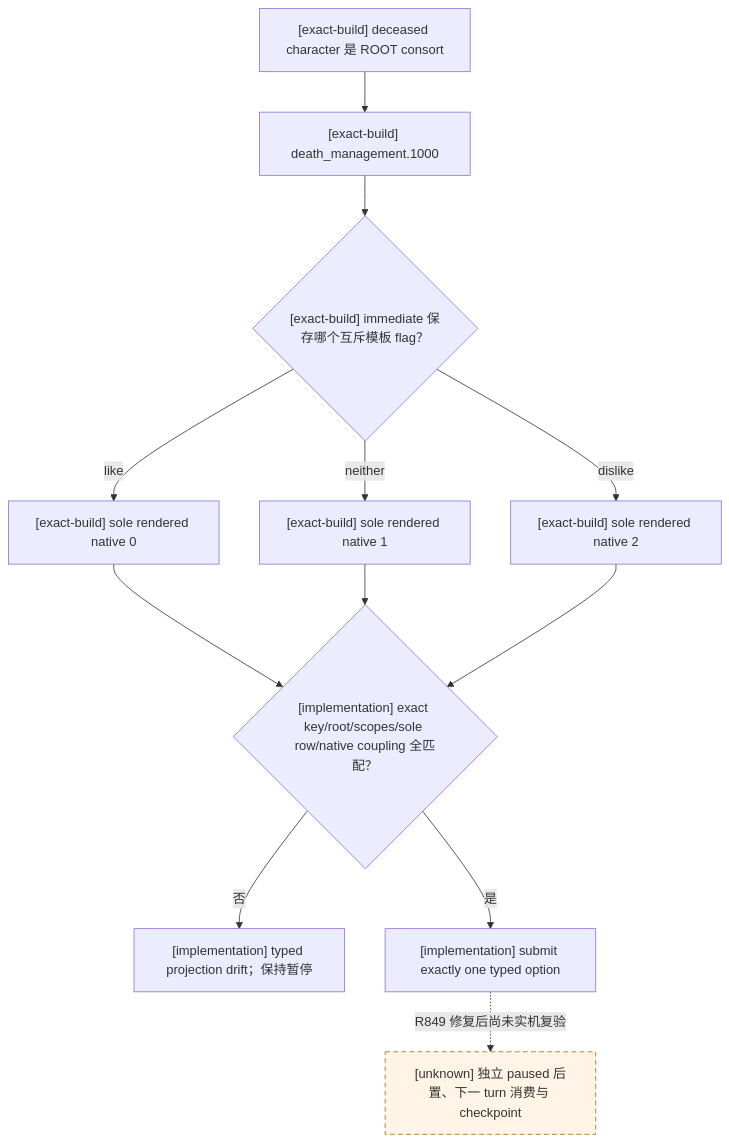
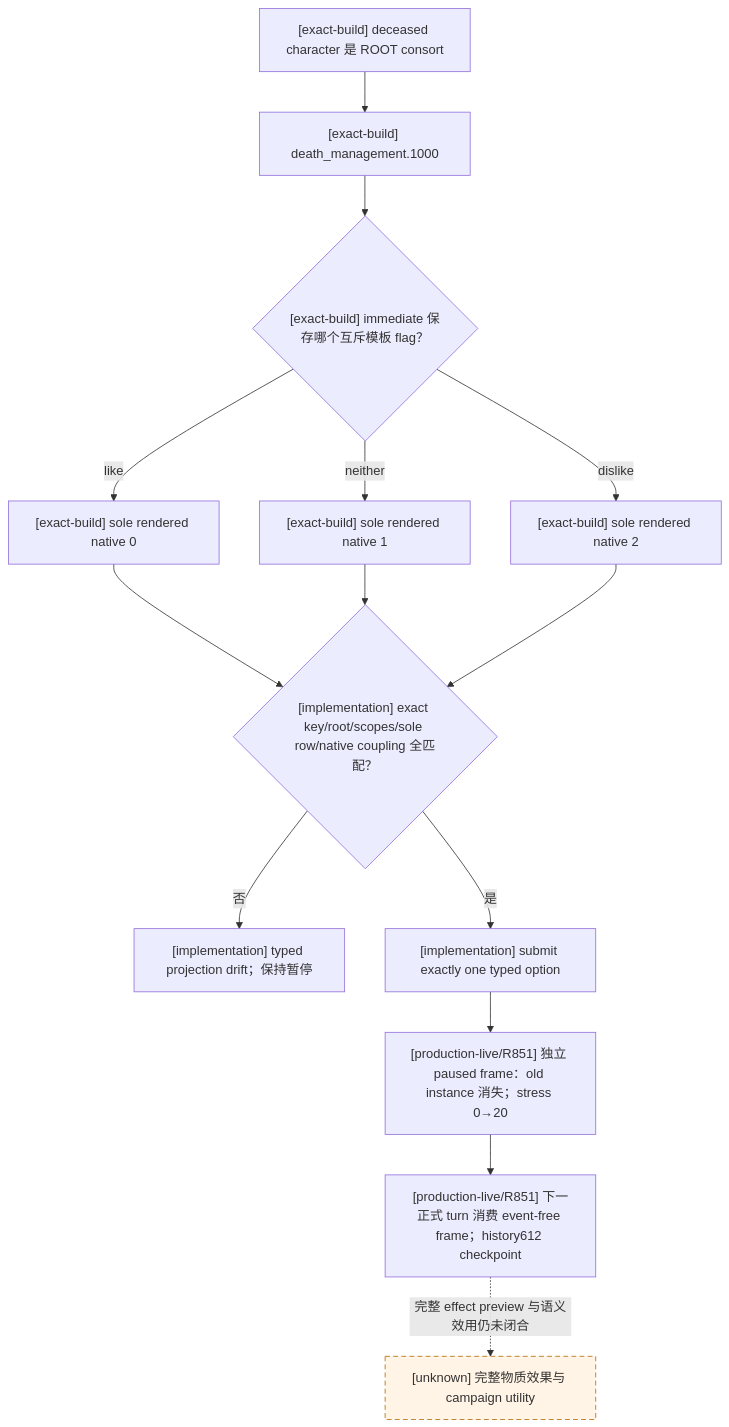
Diagram 11 of 11 in docs/ck3-native-ai/events-and-interactions.md (XenoAmess/ck3_eternal_recurrence), drawn with Mermaid before and after one commit. The commit also changed other lines of this file and 1 other file, not shown here.

Commit message:
Document R851 event and rollback evidence [EVENT-R851-DOCS]

````diff
--- a/docs/ck3-native-ai/events-and-interactions.md
+++ b/docs/ck3-native-ai/events-and-interactions.md
@@ -1116,16 +1138,18 @@
 ```mermaid
 flowchart TD
     A["[exact-build] deceased character 是 ROOT consort"] --> B["[exact-build] death_management.1000"]
     B --> C{"[exact-build] immediate 保存哪个互斥模板 flag？"}
     C -->|like| L["[exact-build] sole rendered native 0"]
     C -->|neither| N["[exact-build] sole rendered native 1"]
     C -->|dislike| D["[exact-build] sole rendered native 2"]
     L --> G{"[implementation] exact key/root/scopes/sole row/native coupling 全匹配？"}
     N --> G
     D --> G
     G -->|否| X["[implementation] typed projection drift；保持暂停"]
     G -->|是| S["[implementation] submit exactly one typed option"]
-    S -. "R849 修复后尚未实机复验" .-> U["[unknown] 独立 paused 后置、下一 turn 消费与 checkpoint"]
+    S --> P["[production-live/R851] 独立 paused frame：old instance 消失；stress 0→20"]
+    P --> T["[production-live/R851] 下一正式 turn 消费 event-free frame；history612 checkpoint"]
+    T -. "完整 effect preview 与语义效用仍未闭合" .-> U["[unknown] 完整物质效果与 campaign utility"]
     classDef unknown stroke-dasharray: 6 4,fill:#fff4e5,stroke:#b36b00;
     class U unknown;
 ```
````
